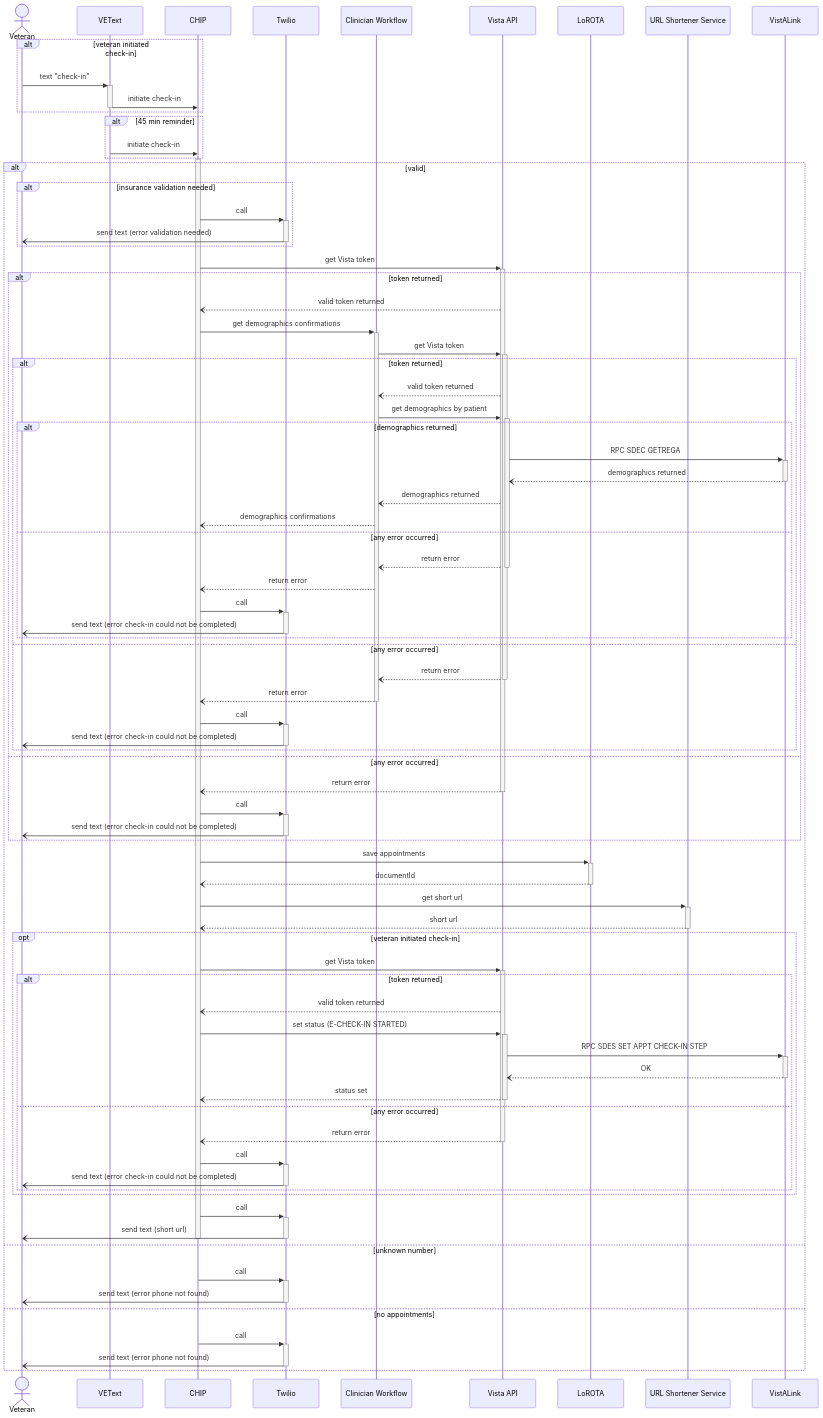
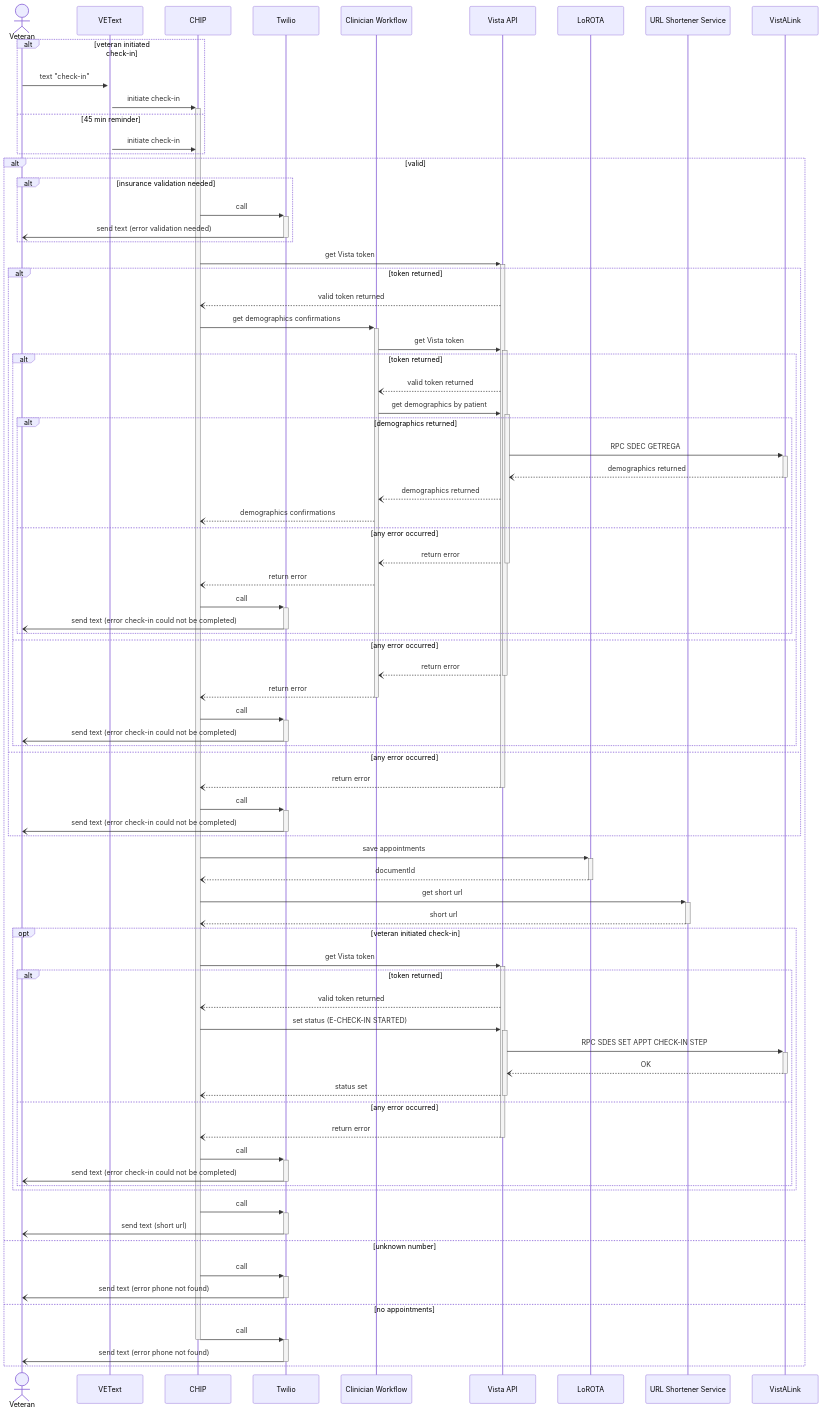
The first of 4 diagrams in products/health-care/checkin/engineering/architecture-diagrams/sequenceDiagram_checkInExp.md (department-of-veterans-affairs/va.gov-team), drawn with Mermaid before and after one commit.

````diff
--- a/products/health-care/checkin/engineering/architecture-diagrams/sequenceDiagram_checkInExp.md
+++ b/products/health-care/checkin/engineering/architecture-diagrams/sequenceDiagram_checkInExp.md
@@ -29,12 +29,11 @@
 
   alt veteran initiated check-in
     vet->>+vt: text "check-in"
-    vt->>-c: initiate check-in
-  end
-  alt 45 min reminder
+    vt->>+c: initiate check-in
+  else 45 min reminder
     vt->>c: initiate check-in
   end
-  activate c
+
   alt valid
     alt insurance validation needed
       c->>+t: call
@@ -90,12 +89,12 @@
     end
     c->>+t: call
     t-)-vet: send text (short url)
-    deactivate c
   else unknown number
     c->>+t: call
     t-)-vet: send text (error phone not found)
   else no appointments
     c->>+t: call
+    deactivate c
     t-)-vet: send text (error phone not found)
   end
 ```
````
